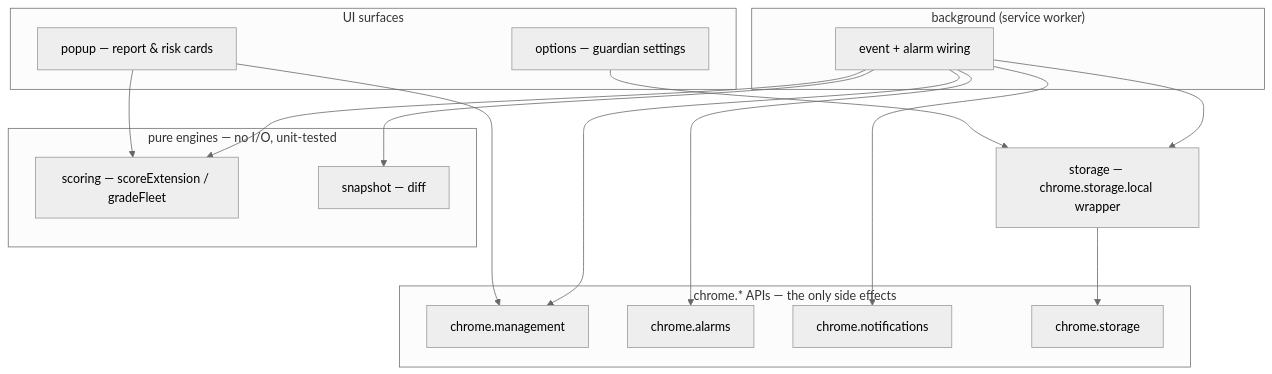
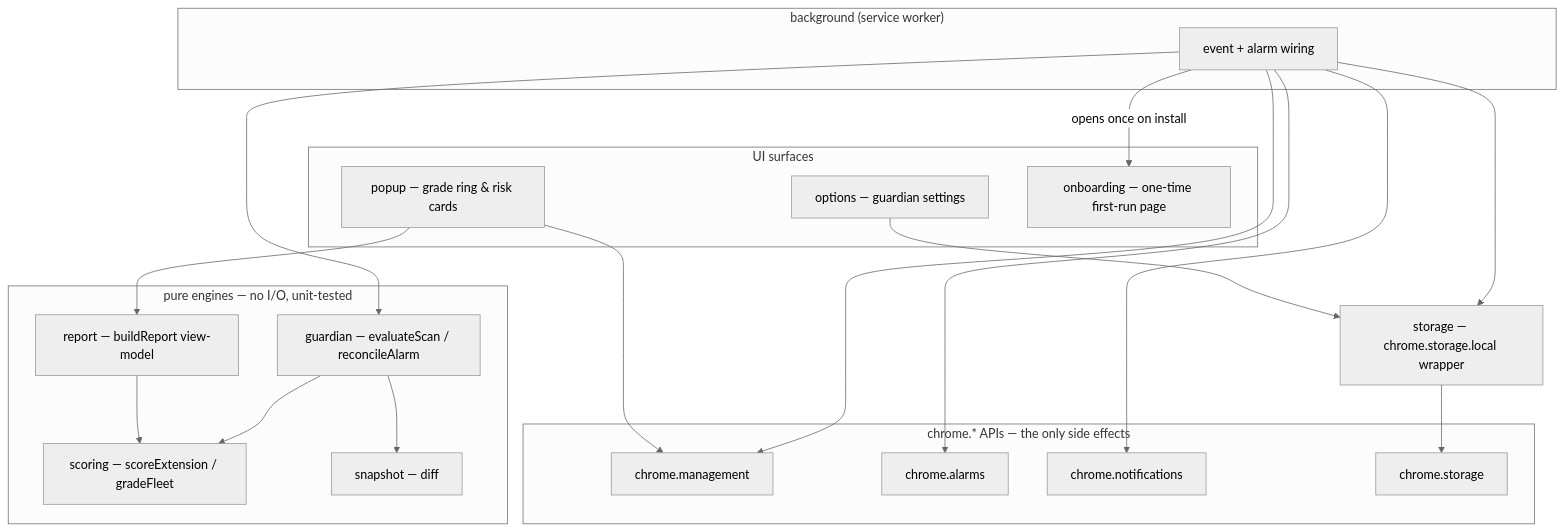
One commit to junnythemarksman/Ext-Ray changed the first of 6 diagrams in README.md. Above: the diagram before and after it, drawn with Mermaid (neutral theme). The commit also changed other lines of this file and 1 other file, not shown here.

````diff
--- a/README.md
+++ b/README.md
@@ -44,36 +46,42 @@
 ```mermaid
 flowchart TD
     subgraph UI["UI surfaces"]
-        POP["popup — report & risk cards"]
+        POP["popup — grade ring & risk cards"]
         OPT["options — guardian settings"]
+        ONB["onboarding — one-time first-run page"]
     end
 
     subgraph BG["background (service worker)"]
         SW["event + alarm wiring"]
     end
 
     subgraph CORE["pure engines — no I/O, unit-tested"]
         SCORE["scoring — scoreExtension / gradeFleet"]
         DIFF["snapshot — diff"]
+        GUARD["guardian — evaluateScan / reconcileAlarm"]
+        REPORT["report — buildReport view-model"]
     end
 
     STORE["storage — chrome.storage.local wrapper"]
 
     subgraph EDGE["chrome.* APIs — the only side effects"]
         MGMT["chrome.management"]
         ALARM["chrome.alarms"]
         NOTIF["chrome.notifications"]
         STG["chrome.storage"]
     end
 
-    POP --> SCORE
+    POP --> REPORT
+    REPORT --> SCORE
     POP --> MGMT
     OPT --> STORE
-    SW --> SCORE
-    SW --> DIFF
+    SW --> GUARD
+    GUARD --> DIFF
+    GUARD --> SCORE
     SW --> STORE
     SW --> MGMT
     SW --> ALARM
     SW --> NOTIF
+    SW -->|"opens once on install"| ONB
     STORE --> STG
 ```
````
